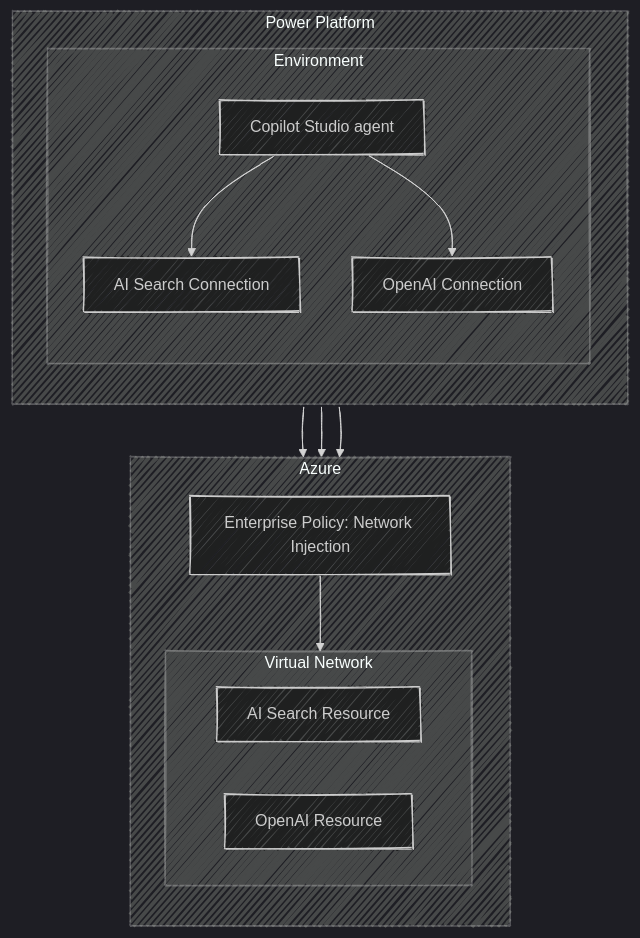
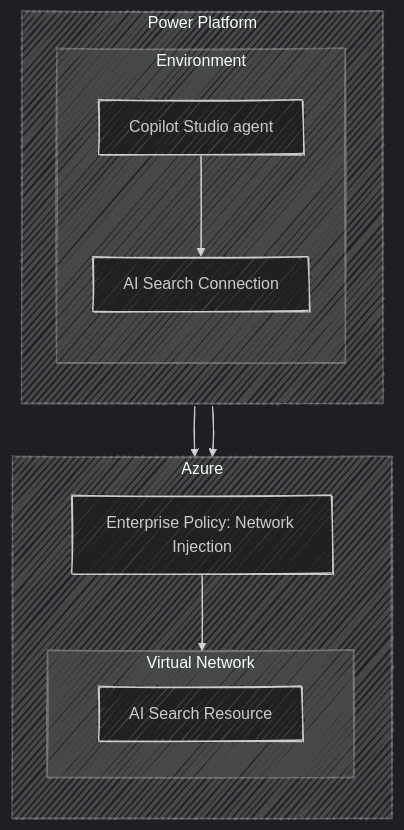
The diagram in README.md (Azure-Samples/Copilot-Studio-with-Azure-AI-Search), drawn with Mermaid before and after one commit. The commit also changed 8 other files, not shown here.

````diff
--- a/README.md
+++ b/README.md
@@ -22,36 +22,32 @@
 ```mermaid
 ---
 config:
   theme: dark
   look: handDrawn
   width: 1000
   height: 600
 ---
 graph TD
   subgraph PowerPlatform["Power Platform"]
     direction TB
     subgraph Environment["Environment"]
       direction TB
       A[AI Search Connection]
       B[Copilot Studio agent]
-      C[OpenAI Connection]
     end
   end
 
   subgraph Azure["Azure"]
     direction TB
     D[Enterprise Policy: Network Injection]
     subgraph VirtualNetwork["Virtual Network"]
         direction LR
         E[AI Search Resource]
-        F[OpenAI Resource]
     end
   end
 
   Environment --> D
-  B --> C
   B --> A
-  C --> F
   A --> E
   D --> VirtualNetwork
 ```
````
